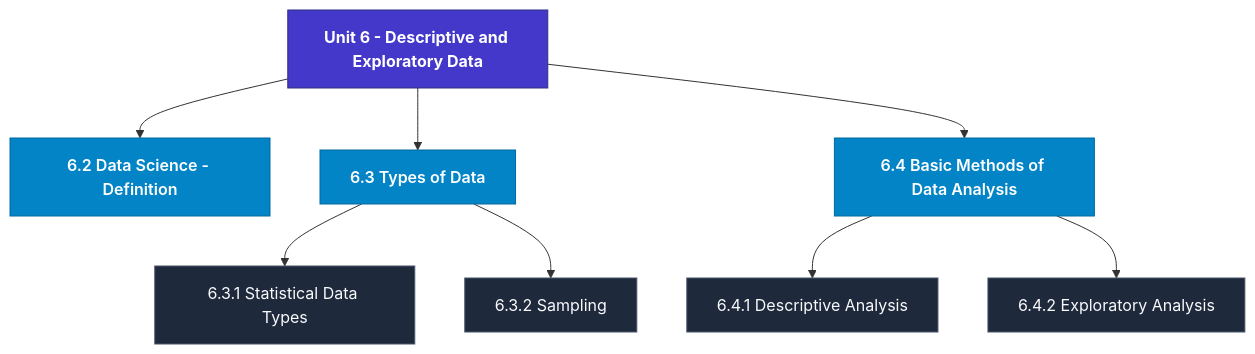
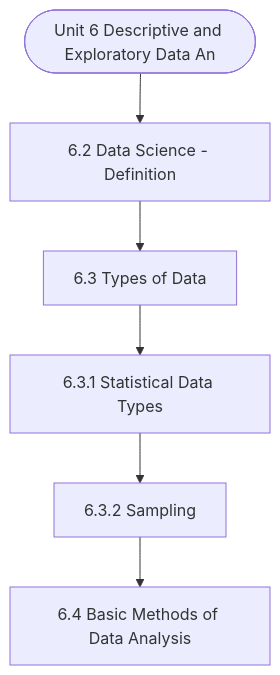
Before and after one commit to Asutosh-Coaching/mscdsa: the diagram in notes/Semester_1/MCS-062_Introduction_to_Data_Science/unit_06_Descriptive_and_Exploratory_Data_Analysis_-_An_Int.md, drawn with Mermaid. The commit also changed other lines of this file and 115 other files, not shown here.

Commit message:
Fix Mermaid layout for mobile, isolate LaTeX delimiters, and add GitHub Pages reader

````diff
--- a/notes/Semester_1/MCS-062_Introduction_to_Data_Science/unit_06_Descriptive_and_Exploratory_Data_Analysis_-_An_Int.md
+++ b/notes/Semester_1/MCS-062_Introduction_to_Data_Science/unit_06_Descriptive_and_Exploratory_Data_Analysis_-_An_Int.md
@@ -19,23 +19,14 @@
 ```mermaid
 flowchart TD
-  %% Styling Definitions
-  classDef head fill:#4338ca,stroke:#312e81,color:#ffffff,font-weight:bold;
-  classDef topic fill:#0284c7,stroke:#0369a1,color:#ffffff,font-weight:600;
-  classDef sub fill:#1e293b,stroke:#475569,color:#f8fafc;
-
-  Root["Unit 6 - Descriptive and Exploratory Data "]:::head
-  M1["6.2 Data Science - Definition"]:::topic
-  Root --> M1
-  M2["6.3 Types of Data"]:::topic
-  Root --> M2
-  M2_1["6.3.1 Statistical Data Types"]:::sub
-  M2 --> M2_1
-  M2_2["6.3.2 Sampling"]:::sub
-  M2 --> M2_2
-  M3["6.4 Basic Methods of Data Analysis"]:::topic
-  Root --> M3
-  M3_1["6.4.1 Descriptive Analysis"]:::sub
-  M3 --> M3_1
-  M3_2["6.4.2 Exploratory Analysis"]:::sub
-  M3 --> M3_2
+  Start(["Unit 6 Descriptive and Exploratory Data An"])
+  N1["6.2 Data Science - Definition"]
+  N2["6.3 Types of Data"]
+  N3["6.3.1 Statistical Data Types"]
+  N4["6.3.2 Sampling"]
+  N5["6.4 Basic Methods of Data Analysis"]
+  Start --> N1
+  N1 --> N2
+  N2 --> N3
+  N3 --> N4
+  N4 --> N5
 ```
````
